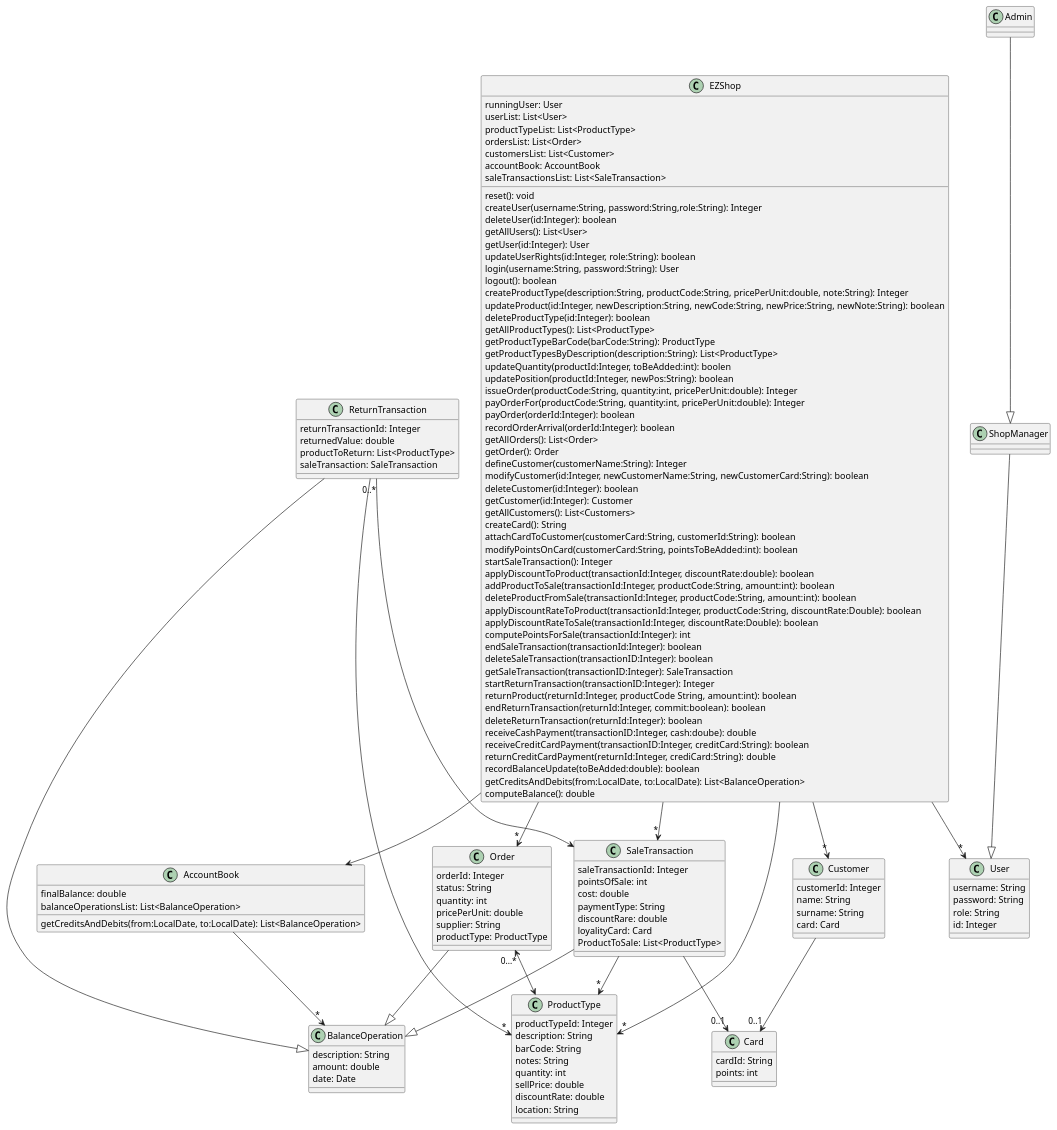
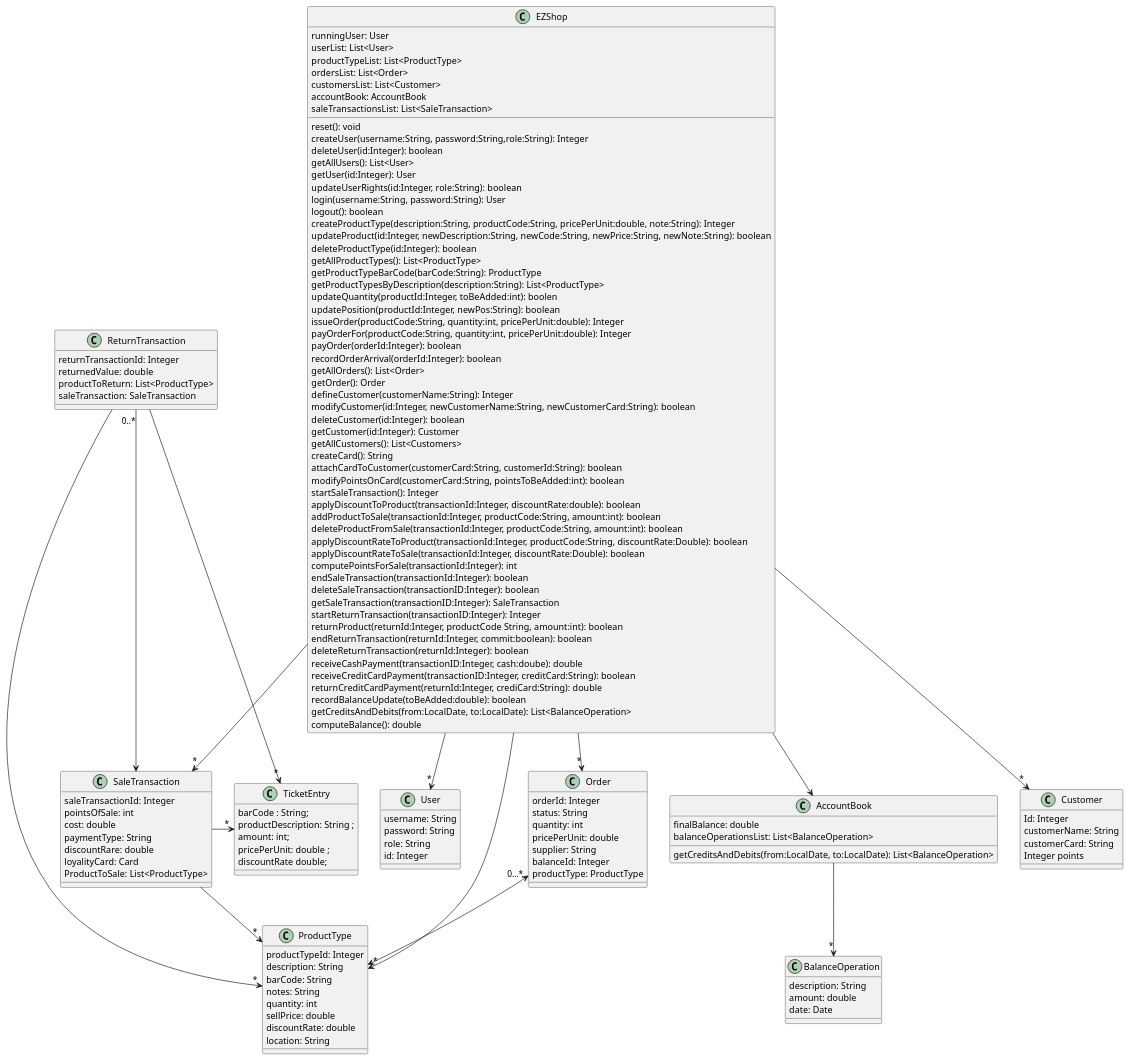
The diagram in Deliverables/DesignDocument.md (rab97/ezshop-group53), drawn with PlantUML before and after one commit.

```diff
--- a/Deliverables/DesignDocument.md
+++ b/Deliverables/DesignDocument.md
@@ -124,6 +124,7 @@
  quantity: int
  pricePerUnit: double
  supplier: String
+ balanceId: Integer
  productType: ProductType
 }
 
@@ -138,16 +139,11 @@
  location: String
 }
 
-class Card {
- cardId: String
- points: int
-}
-
 class Customer {
- customerId: Integer
- name: String
- surname: String
- card: Card
+ Id: Integer
+ customerName: String
+ customerCard: String
+ Integer points
 }
 
 class User{
@@ -157,22 +153,21 @@
  id: Integer
 }
 
-class ShopManager{}
-
-class Admin{}
+class TicketEntry {
+    barCode : String;
+    productDescription: String ;
+    amount: int;
+    pricePerUnit: double ;
+    discountRate double;
+}
 
 AccountBook --> "*" BalanceOperation
-SaleTransaction --|> BalanceOperation
-ReturnTransaction --|> BalanceOperation
-Order --|> BalanceOperation
 ReturnTransaction "0..*" --> SaleTransaction
 ReturnTransaction --> "*" ProductType
 SaleTransaction--> "*" ProductType
 Order "0...*" <--> ProductType
-SaleTransaction --> "0..1" Card
-Customer --> "0..1" Card
-ShopManager --|> User
-Admin --|> ShopManager
+ReturnTransaction -> "*" TicketEntry
+SaleTransaction -> "*" TicketEntry
 EZShop --> AccountBook
 EZShop --> "*" User
 EZShop --> "*" Customer
```
